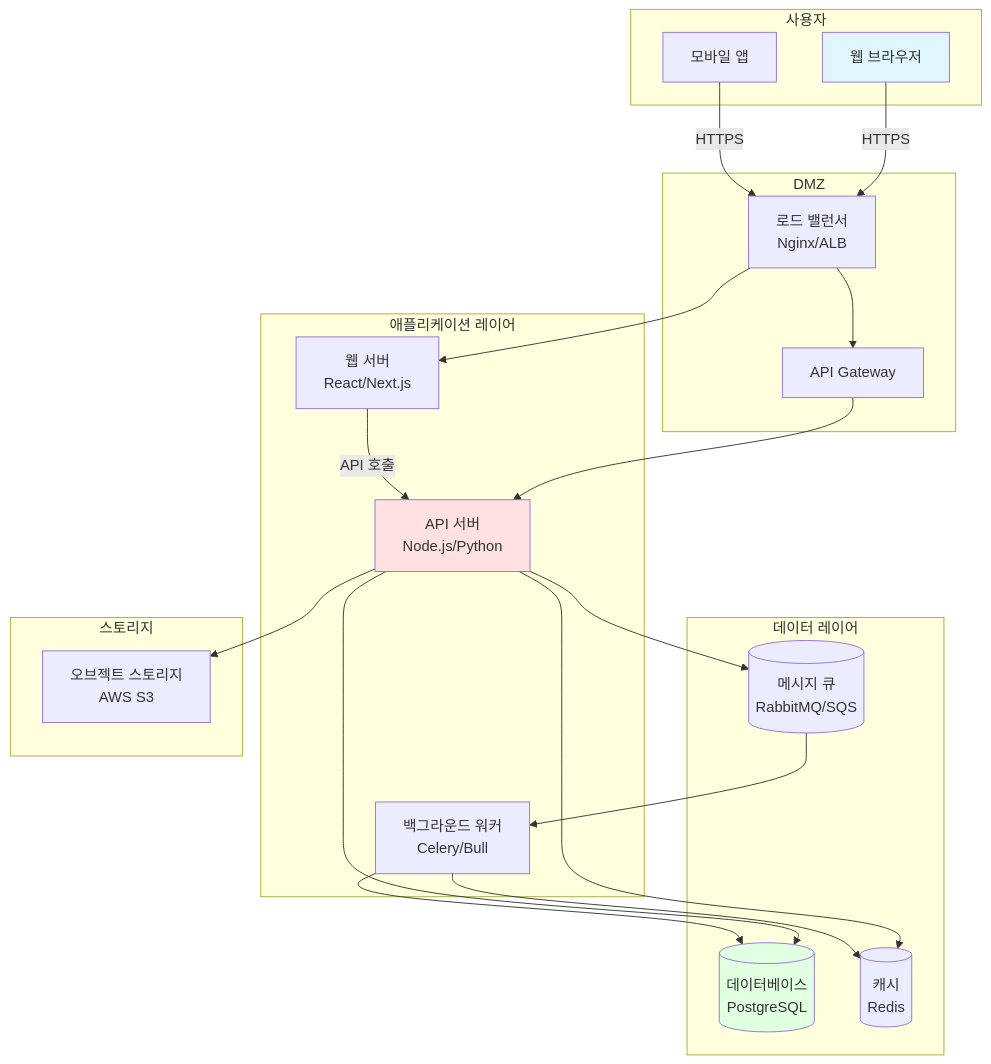
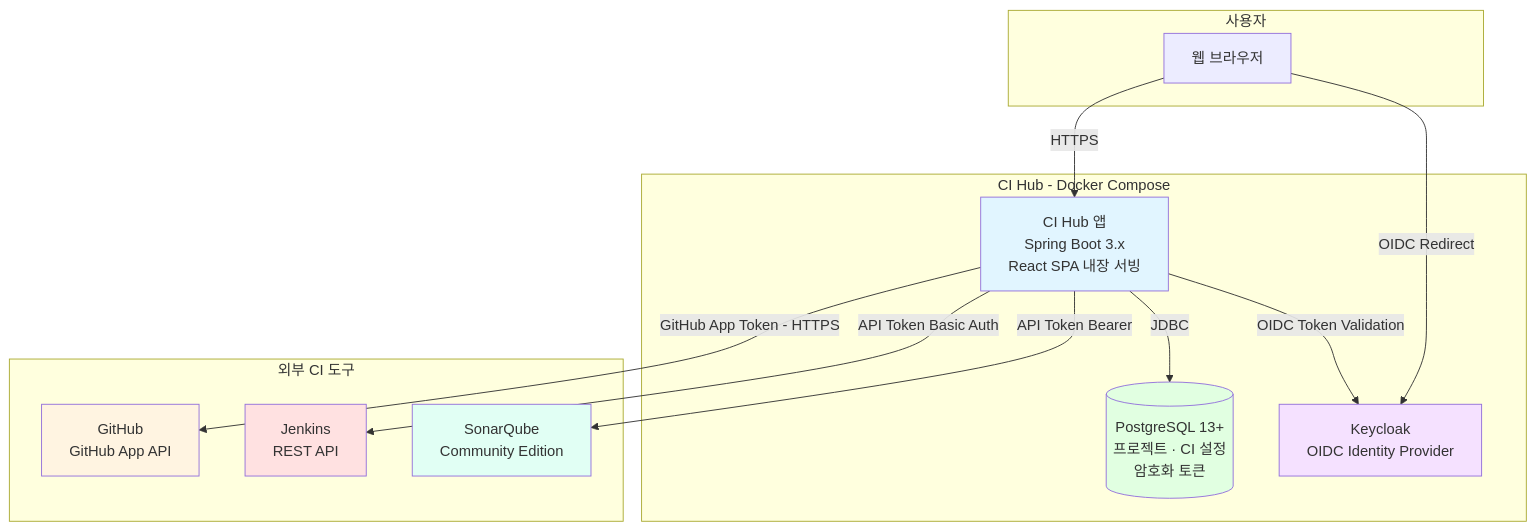
The second of 12 diagrams in docs/hld/architecture.md (kost0806/ci-hub), drawn with Mermaid before and after one commit. The commit also changed other lines of this file and 6 other files, not shown here.

````diff
--- a/docs/hld/architecture.md
+++ b/docs/hld/architecture.md
@@ -50,46 +52,34 @@
 ```mermaid
 graph TB
     subgraph "사용자"
-        User[웹 브라우저]
-        Mobile[모바일 앱]
+        Browser[웹 브라우저]
     end
 
-    subgraph "DMZ"
-        LB[로드 밸런서<br/>Nginx/ALB]
-        API_GW[API Gateway]
+    subgraph "CI Hub - Docker Compose"
+        App[CI Hub 앱<br/>Spring Boot 3.x<br/>React SPA 내장 서빙]
+        DB[(PostgreSQL 13+<br/>프로젝트 · CI 설정<br/>암호화 토큰)]
+        KC[Keycloak<br/>OIDC Identity Provider]
     end
 
-    subgraph "애플리케이션 레이어"
-        Web[웹 서버<br/>React/Next.js]
-        API[API 서버<br/>Node.js/Python]
-        Worker[백그라운드 워커<br/>Celery/Bull]
+    subgraph "외부 CI 도구"
+        GH[GitHub<br/>GitHub App API]
+        JK[Jenkins<br/>REST API]
+        SQ[SonarQube<br/>Community Edition]
     end
 
-    subgraph "데이터 레이어"
-        DB[(데이터베이스<br/>PostgreSQL)]
-        Cache[(캐시<br/>Redis)]
-        Queue[(메시지 큐<br/>RabbitMQ/SQS)]
-    end
+    Browser -->|HTTPS| App
+    App -->|JDBC| DB
+    App -->|OIDC Token Validation| KC
+    Browser -->|OIDC Redirect| KC
 
-    subgraph "스토리지"
-        S3[오브젝트 스토리지<br/>AWS S3]
-    end
+    App -->|GitHub App Token - HTTPS| GH
+    App -->|API Token Basic Auth| JK
+    App -->|API Token Bearer| SQ
 
-    User -->|HTTPS| LB
-    Mobile -->|HTTPS| LB
-    LB --> Web
-    LB --> API_GW
-    API_GW --> API
-    Web -->|API 호출| API
-    API --> DB
-    API --> Cache
-    API --> Queue
-    API --> S3
-    Queue --> Worker
-    Worker --> DB
-    Worker --> Cache
-
-    style User fill:#e1f5ff
-    style API fill:#ffe1e1
+    style App fill:#e1f5ff
     style DB fill:#e1ffe1
+    style KC fill:#f5e1ff
+    style GH fill:#fff4e1
+    style JK fill:#ffe1e1
+    style SQ fill:#e1fff4
 ```
````
